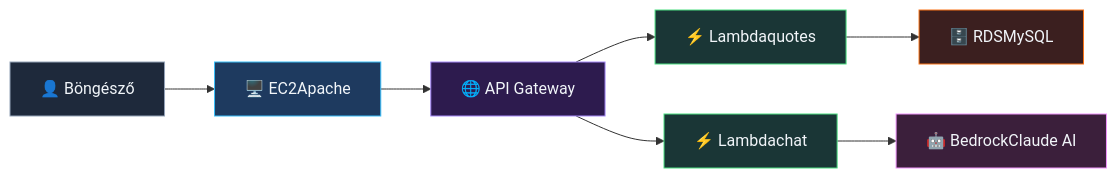
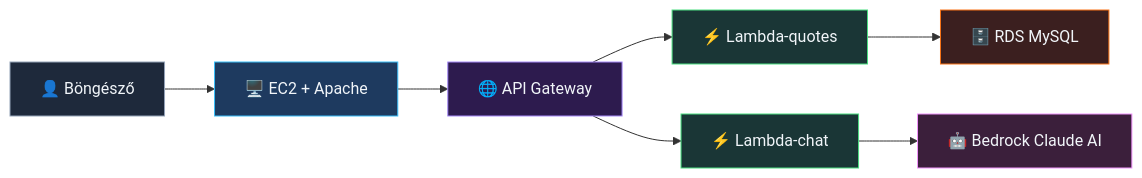
The diagram in README.md (cloudsteak/trn-aws-workshop), drawn with Mermaid before and after one commit. The commit also changed other lines of this file, not shown here.

Commit message:
fix: Update README for clarity and consistency in architecture and project structure

````diff
--- a/README.md
+++ b/README.md
@@ -11,25 +10,25 @@
 ```mermaid
 graph LR
     Browser["👤 Böngésző"]
-    EC2["🖥️ EC2Apache"]
+    EC2["🖥️ EC2 + Apache"]
     APIGW["🌐 API Gateway"]
-    LambdaQ["⚡ Lambdaquotes"]
-    LambdaC["⚡ Lambdachat"]
-    RDS["🗄️ RDSMySQL"]
-    Bedrock["🤖 BedrockClaude AI"]
+    LambdaQ["⚡ Lambda-quotes"]
+    LambdaC["⚡ Lambda-chat"]
+    RDS["🗄️ RDS MySQL"]
+    Bedrock["🤖 Bedrock Claude AI"]
 
     Browser --> EC2
     EC2 --> APIGW
     APIGW --> LambdaQ
     APIGW --> LambdaC
     LambdaQ --> RDS
     LambdaC --> Bedrock
 
     style Browser fill:#1e293b,stroke:#94a3b8,color:#f1f5f9
     style EC2 fill:#1e3a5f,stroke:#38bdf8,color:#f1f5f9
     style APIGW fill:#2d1b4e,stroke:#a78bfa,color:#f1f5f9
     style LambdaQ fill:#1a3636,stroke:#4ade80,color:#f1f5f9
     style LambdaC fill:#1a3636,stroke:#4ade80,color:#f1f5f9
     style RDS fill:#3b1f1f,stroke:#f97316,color:#f1f5f9
     style Bedrock fill:#3b1f3b,stroke:#f093fb,color:#f1f5f9
 ```
````
